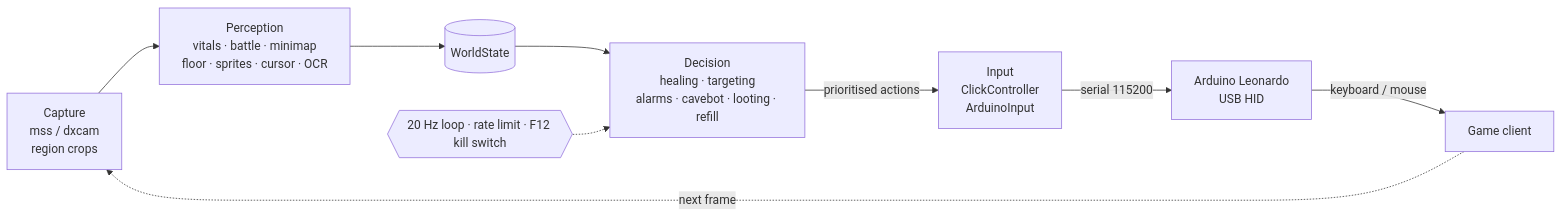
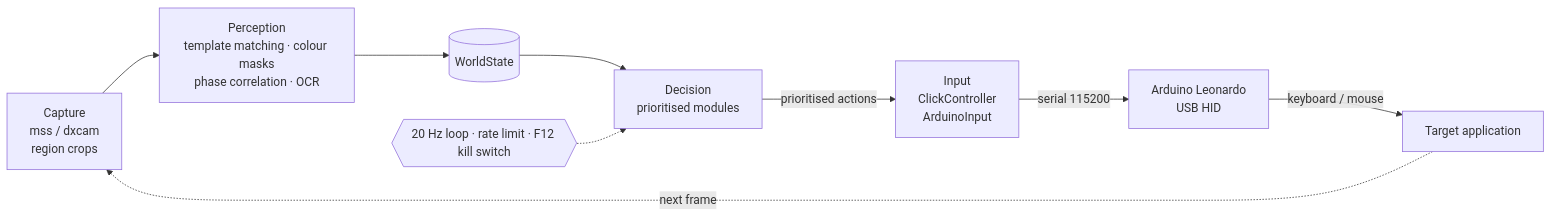
One commit to Mascotte33/Moonlight changed the first of 2 diagrams in README.md. Above: the diagram before and after it, drawn with Mermaid. The commit also changed other lines of this file, not shown here.

````diff
--- a/README.md
+++ b/README.md
@@ -36,11 +66,11 @@
 ```mermaid
 flowchart LR
-    CAP["Capture<br/>mss / dxcam<br/>region crops"] --> PER["Perception<br/>vitals · battle · minimap<br/>floor · sprites · cursor · OCR"]
+    CAP["Capture<br/>mss / dxcam<br/>region crops"] --> PER["Perception<br/>template matching · colour masks<br/>phase correlation · OCR"]
     PER --> WS[("WorldState")]
-    WS --> DEC["Decision<br/>healing · targeting<br/>alarms · cavebot · looting · refill"]
+    WS --> DEC["Decision<br/>prioritised modules"]
     DEC -->|prioritised actions| IN["Input<br/>ClickController<br/>ArduinoInput"]
     IN -->|serial 115200| ARD["Arduino Leonardo<br/>USB HID"]
-    ARD -->|keyboard / mouse| GAME["Game client"]
-    GAME -.->|next frame| CAP
+    ARD -->|keyboard / mouse| APP["Target application"]
+    APP -.->|next frame| CAP
     LOOP{{"20 Hz loop · rate limit · F12 kill switch"}} -.-> DEC
 ```
````
